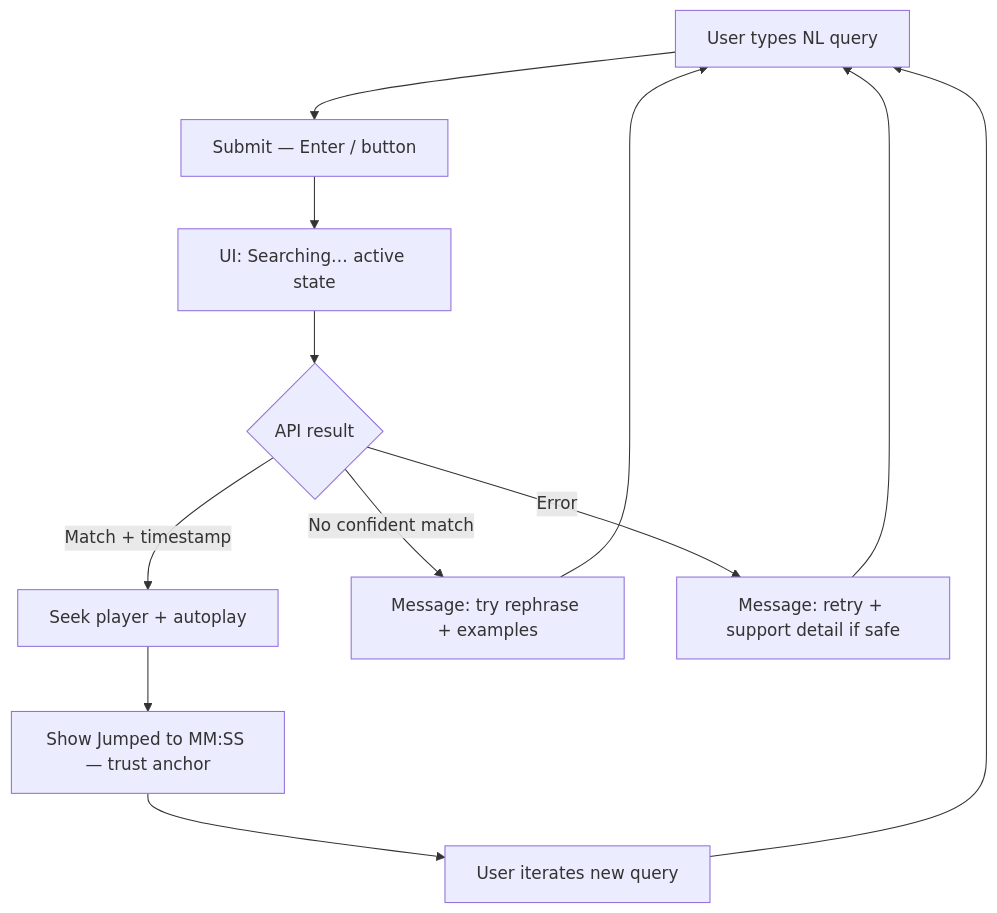
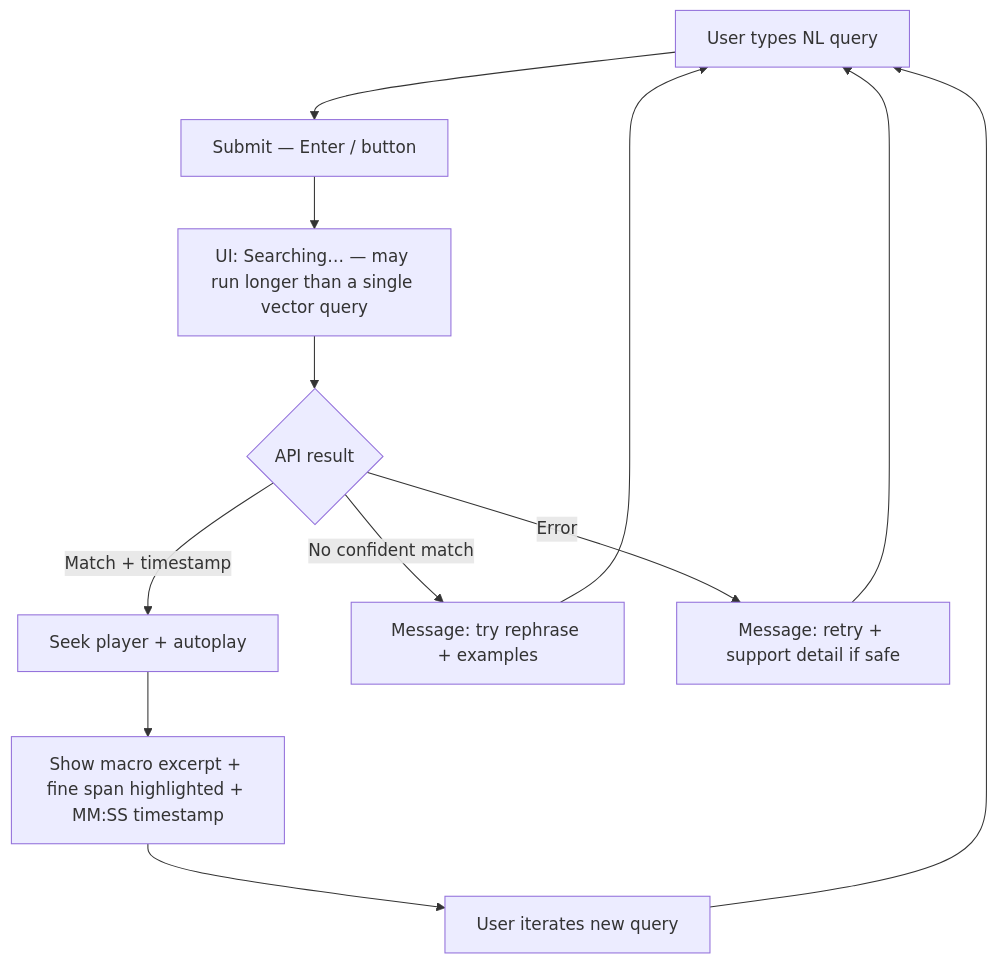
Before and after one commit to ArmisBoofis/semanticut: the third of 3 diagrams in _bmad-output/planning-artifacts/ux-design-specification.md, drawn with Mermaid. The commit also changed other lines of this file and 42 other files, not shown here.

````diff
--- a/_bmad-output/planning-artifacts/ux-design-specification.md
+++ b/_bmad-output/planning-artifacts/ux-design-specification.md
@@ -422,14 +422,14 @@
 ```mermaid
 flowchart TD
   A[User types NL query] --> B[Submit — Enter / button]
-  B --> C[UI: Searching… active state]
+  B --> C[UI: Searching… — may run longer than a single vector query]
   C --> D{API result}
   D -->|Match + timestamp| E[Seek player + autoplay]
-  E --> F[Show Jumped to MM:SS — trust anchor]
+  E --> F[Show macro excerpt + fine span highlighted + MM:SS timestamp]
   D -->|No confident match| G[Message: try rephrase + examples]
   D -->|Error| H[Message: retry + support detail if safe]
   G --> A
   H --> A
   F --> I[User iterates new query]
   I --> A
 ```
````
